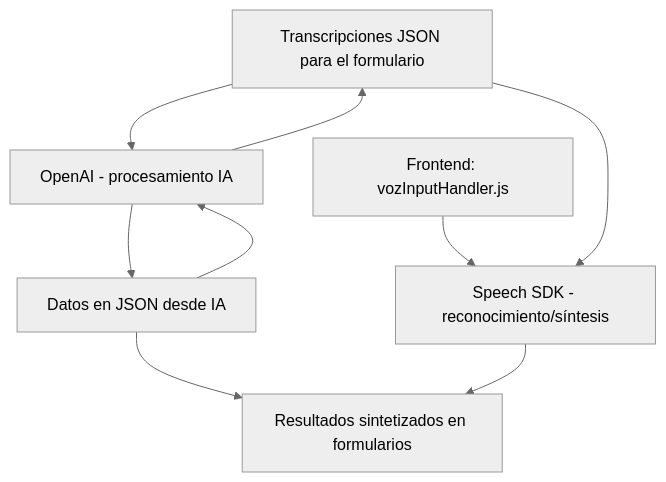
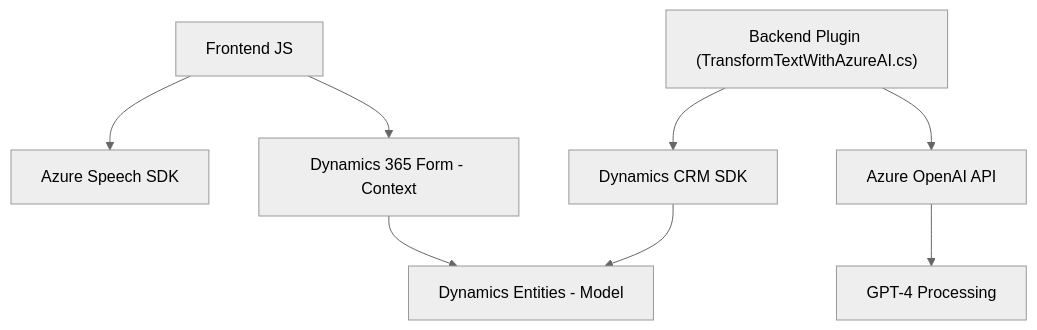
Before and after one commit to blopezdm/NETCORE_BILBAO2025: the diagram in README.md, drawn with Mermaid (neutral theme). The commit also changed other lines of this file, not shown here.

````diff
--- a/README.md
+++ b/README.md
@@ -37,23 +37,10 @@
 ```mermaid
 graph TD
-    A["Frontend: vozInputHandler.js"]
-    B["Frontend: speechForm.js"]
-    C["Plugins: TransformTextWithAzureAI.cs"]
-    D["Azure Speech SDK"]
-    E["Azure OpenAI Service"]
-    F["Microsoft Dynamics CRM"]
-
-    %% Conexiones Frontend
-    A --> D["Speech SDK - reconocimiento/síntesis"]
-    B --> D
-    B --> E["OpenAI - procesamiento IA"]
-
-    %% Conexiones Backend
-    C --> F["Dynamics CRM - pipelines de ejecución"]
-    C --> E
-
-    %% Integraciones externas
-    D --> F["Resultados sintetizados en formularios"]
-    E --> C["Datos en JSON desde IA"]
-    E --> B["Transcripciones JSON para el formulario"]
+    A["Frontend JS"] --> B["Azure Speech SDK"]
+    A --> C["Dynamics 365 Form - Context"]
+    D["Backend Plugin (TransformTextWithAzureAI.cs)"] --> E["Dynamics CRM SDK"]
+    D --> F["Azure OpenAI API"]
+    E --> G["Dynamics Entities - Model"]
+    F --> H["GPT-4 Processing"]
+    C --> G
 ```
````
